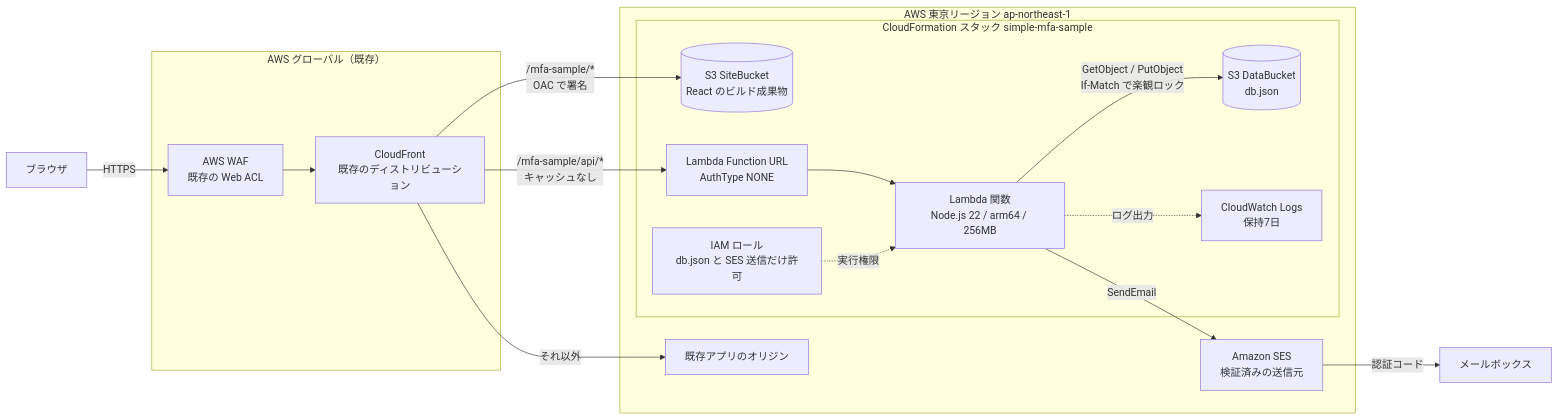
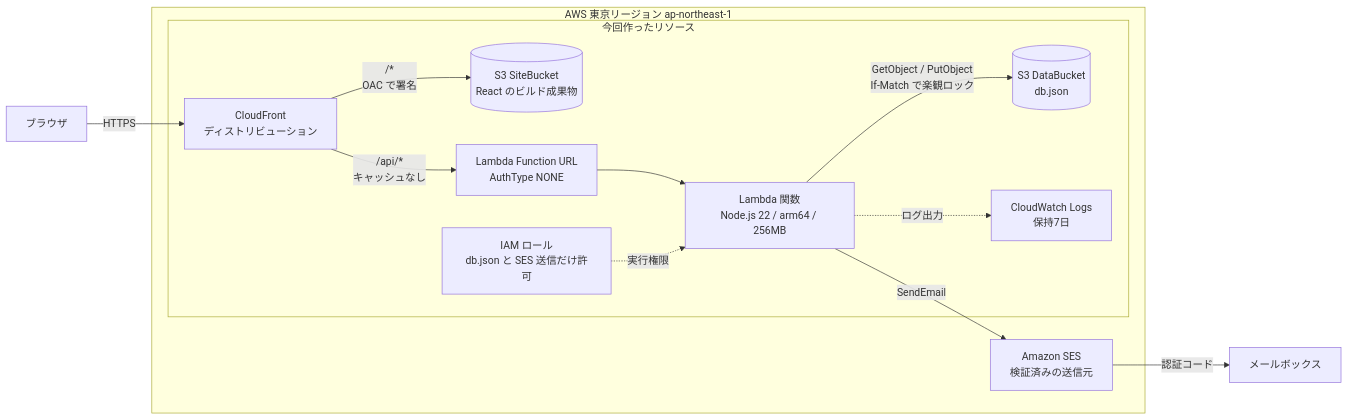
One commit to Tom-Panasonic/simple-mfa-sample changed the second of 3 diagrams in docs/qiita-article.md. Above: the diagram before and after it, drawn with Mermaid. The commit also changed other lines of this file, not shown here.

Commit message:
Rewrite the Qiita article: new CloudFront in the diagram, drop setup and production sections

````diff
--- a/docs/qiita-article.md
+++ b/docs/qiita-article.md
@@ -69,36 +62,29 @@
 ```mermaid
 flowchart LR
   user["ブラウザ"]
   mail["メールボックス"]
 
-  subgraph edge["AWS グローバル（既存）"]
-    waf["AWS WAF<br/>既存の Web ACL"]
-    cf["CloudFront<br/>既存のディストリビューション"]
-  end
-
   subgraph region["AWS 東京リージョン ap-northeast-1"]
-    other["既存アプリのオリジン"]
     ses["Amazon SES<br/>検証済みの送信元"]
 
-    subgraph stack["CloudFormation スタック simple-mfa-sample"]
+    subgraph stack["今回作ったリソース"]
+      cf["CloudFront<br/>ディストリビューション"]
       site[("S3 SiteBucket<br/>React のビルド成果物")]
       url["Lambda Function URL<br/>AuthType NONE"]
       fn["Lambda 関数<br/>Node.js 22 / arm64 / 256MB"]
       data[("S3 DataBucket<br/>db.json")]
       role["IAM ロール<br/>db.json と SES 送信だけ許可"]
       logs["CloudWatch Logs<br/>保持7日"]
     end
   end
 
-  user -->|HTTPS| waf
-  waf --> cf
-  cf -->|"/mfa-sample/*<br/>OAC で署名"| site
-  cf -->|"/mfa-sample/api/*<br/>キャッシュなし"| url
-  cf -->|それ以外| other
+  user -->|HTTPS| cf
+  cf -->|"/*<br/>OAC で署名"| site
+  cf -->|"/api/*<br/>キャッシュなし"| url
   url --> fn
   fn -->|"GetObject / PutObject<br/>If-Match で楽観ロック"| data
   fn -->|SendEmail| ses
   ses -->|認証コード| mail
   fn -.->|ログ出力| logs
   role -.->|実行権限| fn
 ```
````
